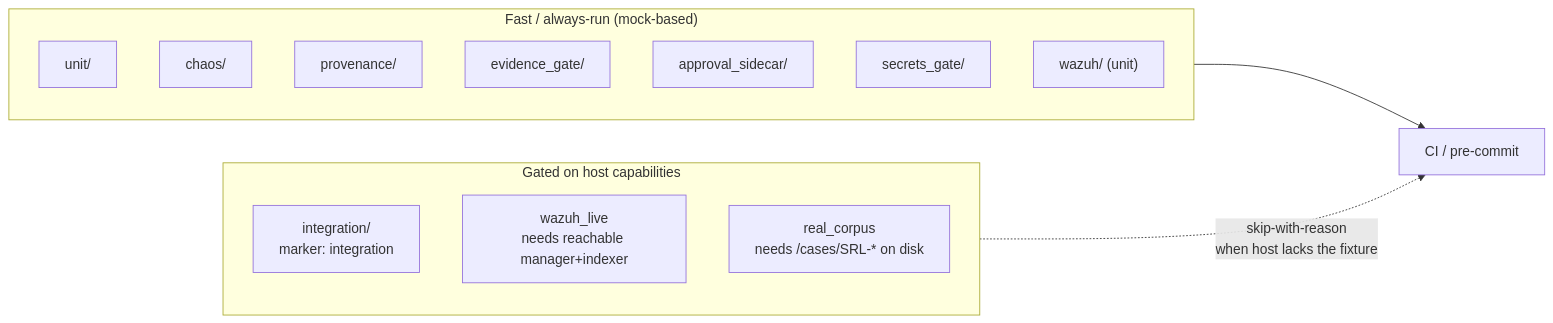
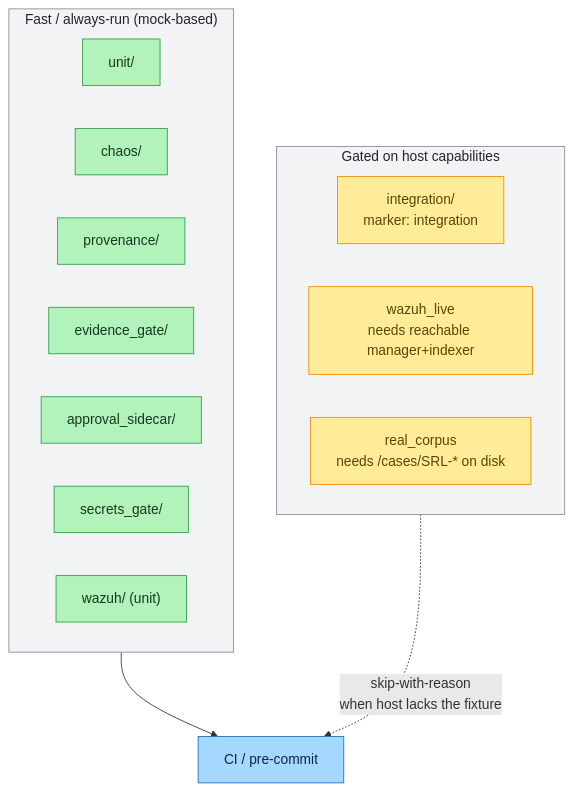
One commit to galvangabriel-web/agentropix-mcp changed the diagram in docs/07-sdlc-ops/testing.md. Above: the diagram before and after it, drawn with Mermaid. The commit also changed 20 other files, not shown here.

First line of the commit message:
Diagram readability pass (workflow): redesign diagrams for size/clarity + audit log

````diff
--- a/docs/07-sdlc-ops/testing.md
+++ b/docs/07-sdlc-ops/testing.md
@@ -30,19 +30,28 @@
 ```mermaid
-graph LR
+graph TB
     subgraph fast["Fast / always-run (mock-based)"]
         U["unit/"]
         C["chaos/"]
         P["provenance/"]
         E["evidence_gate/"]
         A["approval_sidecar/"]
         S["secrets_gate/"]
         W["wazuh/ (unit)"]
     end
     subgraph gated["Gated on host capabilities"]
         I["integration/<br/>marker: integration"]
         WL["wazuh_live<br/>needs reachable manager+indexer"]
         RC["real_corpus<br/>needs /cases/SRL-* on disk"]
     end
     fast --> CI["CI / pre-commit"]
     gated -. "skip-with-reason<br/>when host lacks the fixture" .-> CI
+
+    classDef core fill:#b2f2bb,stroke:#2f9e44,color:#15391f
+    classDef sink fill:#ffec99,stroke:#f08c00,color:#5c4400
+    classDef api fill:#a5d8ff,stroke:#1971c2,color:#0b2545
+    class U,C,P,E,A,S,W core
+    class I,WL,RC sink
+    class CI api
+    style fast fill:#f1f3f5,stroke:#868e96,color:#212529
+    style gated fill:#f1f3f5,stroke:#868e96,color:#212529
 ```
````
